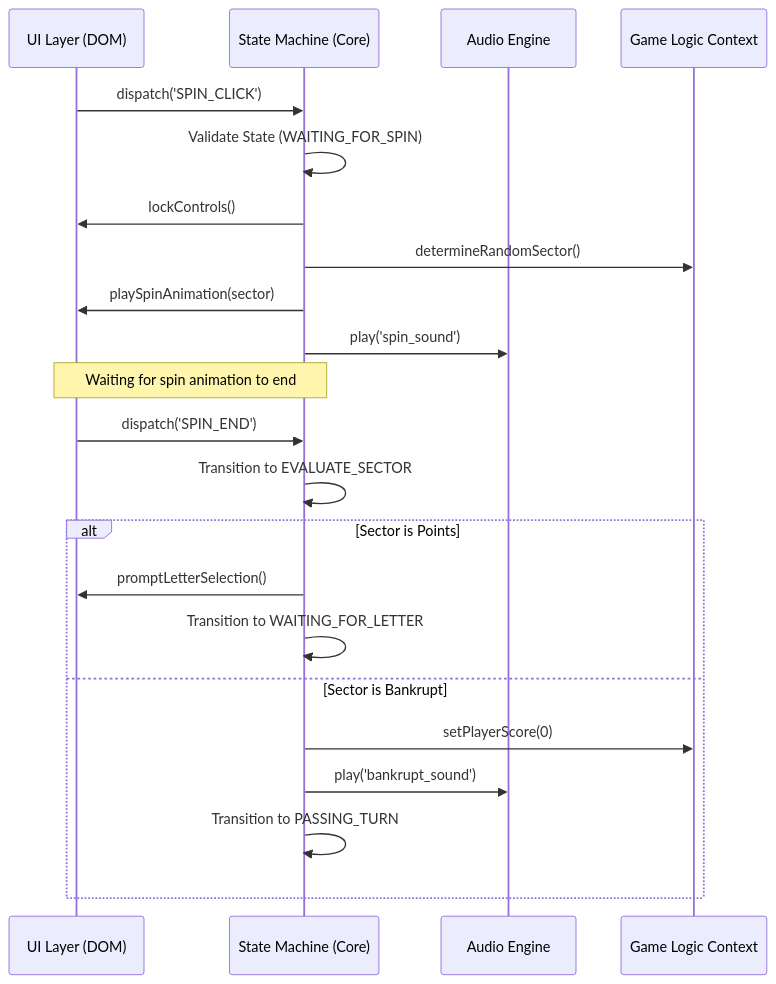
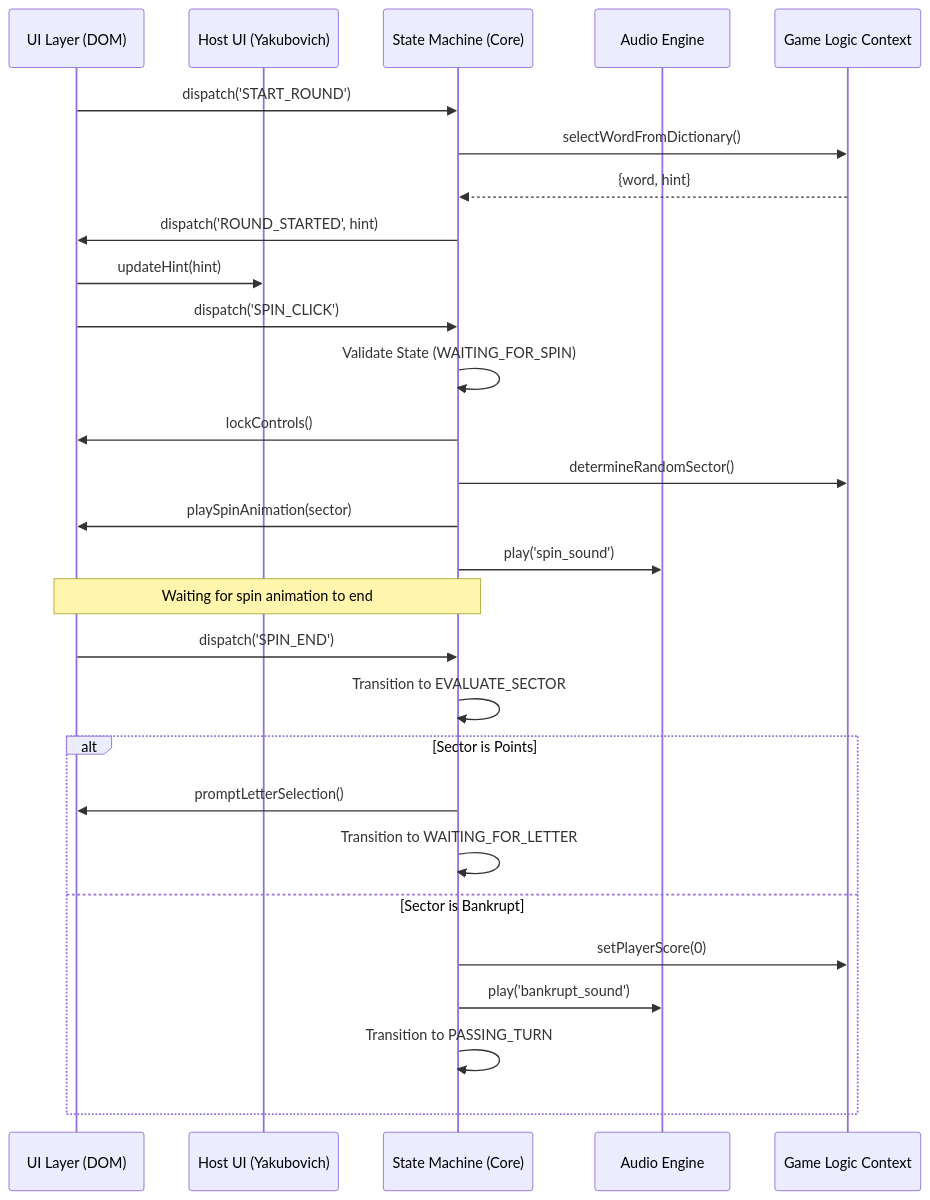
One commit to sergeibakurovus-source/pole_chudes changed the second of 2 diagrams in docs/System_Design.md. Above: the diagram before and after it, drawn with Mermaid. The commit also changed other lines of this file, not shown here.

Commit message:
docs(arch): system architecture and interfaces for Increment 4 [Gate 1B approved]

````diff
--- a/docs/System_Design.md
+++ b/docs/System_Design.md
@@ -100,28 +108,35 @@
 ```mermaid
 sequenceDiagram
     participant UI as UI Layer (DOM)
+    participant Host as Host UI (Yakubovich)
     participant SM as State Machine (Core)
     participant Audio as Audio Engine
     participant Logic as Game Logic Context
 
+    UI->>SM: dispatch('START_ROUND')
+    SM->>Logic: selectWordFromDictionary()
+    Logic-->>SM: {word, hint}
+    SM->>UI: dispatch('ROUND_STARTED', hint)
+    UI->>Host: updateHint(hint)
+    
     UI->>SM: dispatch('SPIN_CLICK')
     SM->>SM: Validate State (WAITING_FOR_SPIN)
     SM->>UI: lockControls()
     SM->>Logic: determineRandomSector()
     SM->>UI: playSpinAnimation(sector)
     SM->>Audio: play('spin_sound')
     
     Note over UI,SM: Waiting for spin animation to end
     
     UI->>SM: dispatch('SPIN_END')
     SM->>SM: Transition to EVALUATE_SECTOR
     
     alt Sector is Points
         SM->>UI: promptLetterSelection()
         SM->>SM: Transition to WAITING_FOR_LETTER
     else Sector is Bankrupt
         SM->>Logic: setPlayerScore(0)
         SM->>Audio: play('bankrupt_sound')
         SM->>SM: Transition to PASSING_TURN
     end
 ```
````
